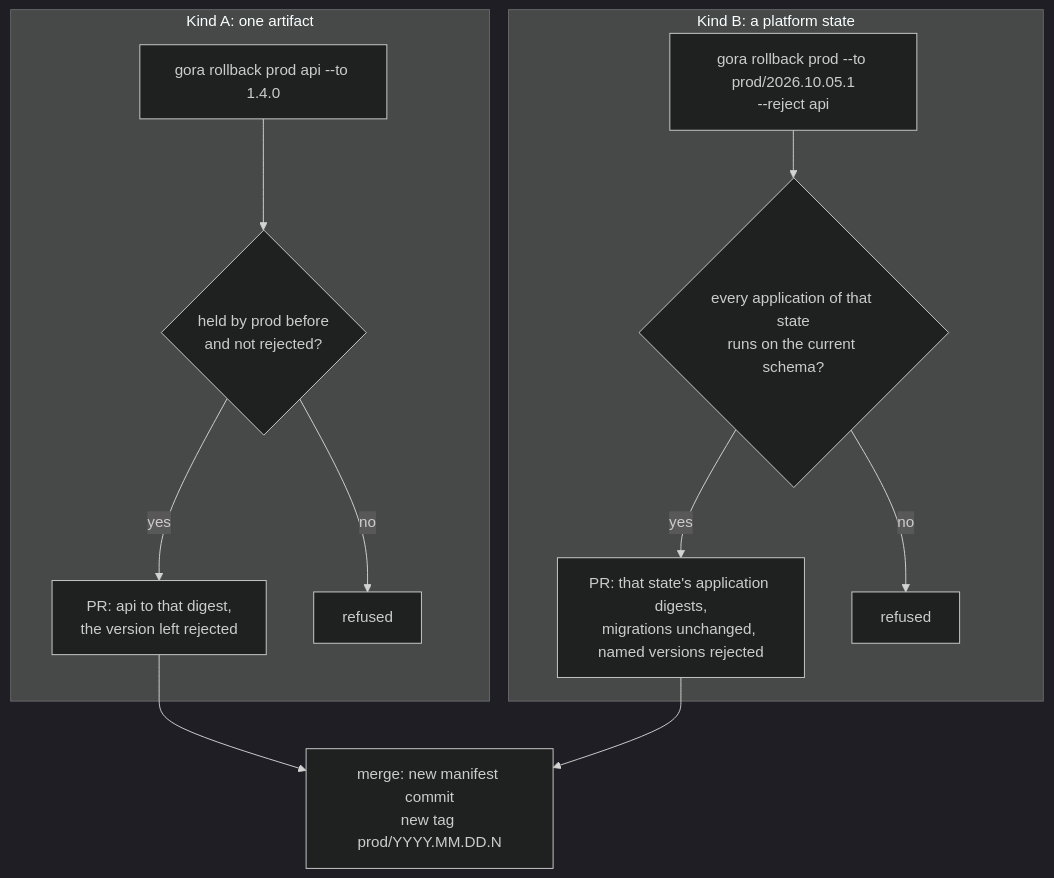
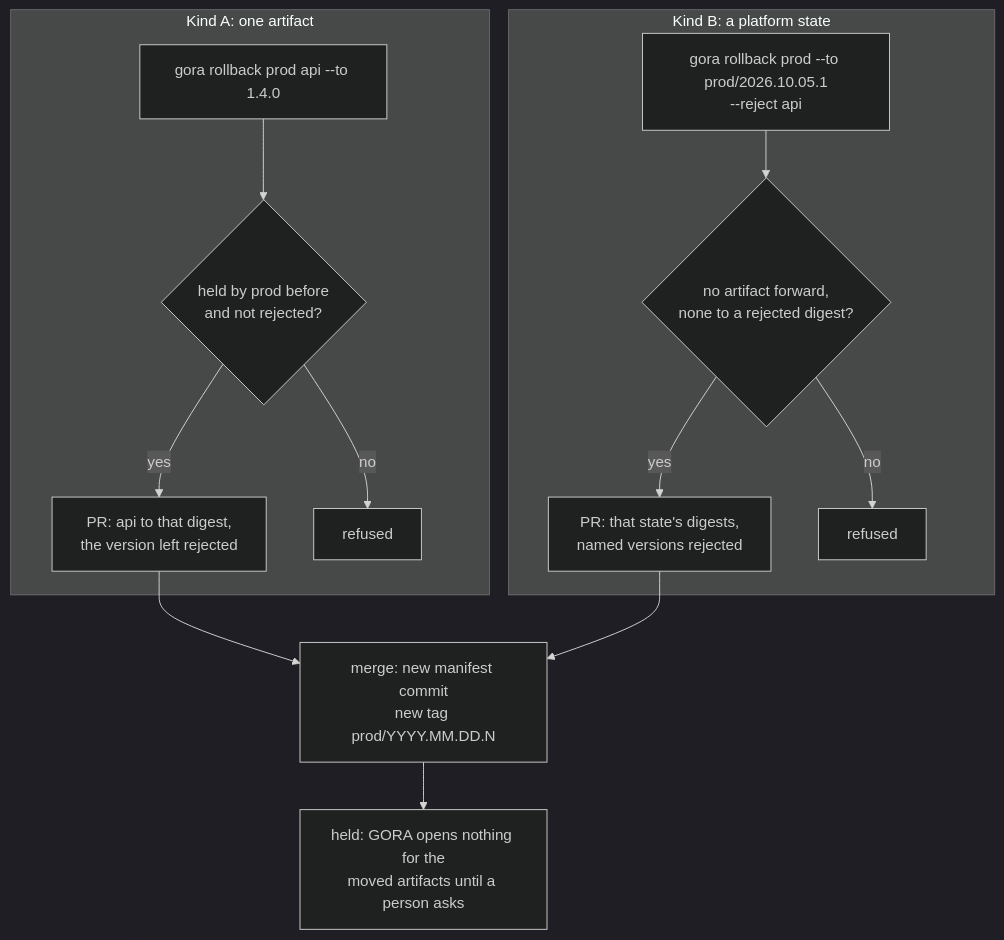
Before and after one commit to gora-tools/gora: the sixth of 6 diagrams in docs/architecture/release-model.md, drawn with Mermaid (dark theme). The commit also changed other lines of this file and 37 other files, not shown here.

````diff
--- a/docs/architecture/release-model.md
+++ b/docs/architecture/release-model.md
@@ -275,15 +295,16 @@
 ```mermaid
 flowchart TB
   subgraph KA["Kind A: one artifact"]
     A1["gora rollback prod api --to 1.4.0"] --> A2{"held by prod before<br/>and not rejected?"}
     A2 -->|"yes"| A3["PR: api to that digest,<br/>the version left rejected"]
     A2 -->|"no"| A4["refused"]
   end
   subgraph KB["Kind B: a platform state"]
-    B1["gora rollback prod --to prod/2026.10.05.1<br/>--reject api"] --> B2{"every application of that state<br/>runs on the current schema?"}
-    B2 -->|"yes"| B3["PR: that state's application digests,<br/>migrations unchanged, named versions rejected"]
+    B1["gora rollback prod --to prod/2026.10.05.1<br/>--reject api"] --> B2{"no artifact forward,<br/>none to a rejected digest?"}
+    B2 -->|"yes"| B3["PR: that state's digests,<br/>named versions rejected"]
     B2 -->|"no"| B4["refused"]
   end
   A3 --> N["merge: new manifest commit<br/>new tag prod/YYYY.MM.DD.N"]
   B3 --> N
+  N --> H["held: GORA opens nothing for the<br/>moved artifacts until a person asks"]
 ```
````
